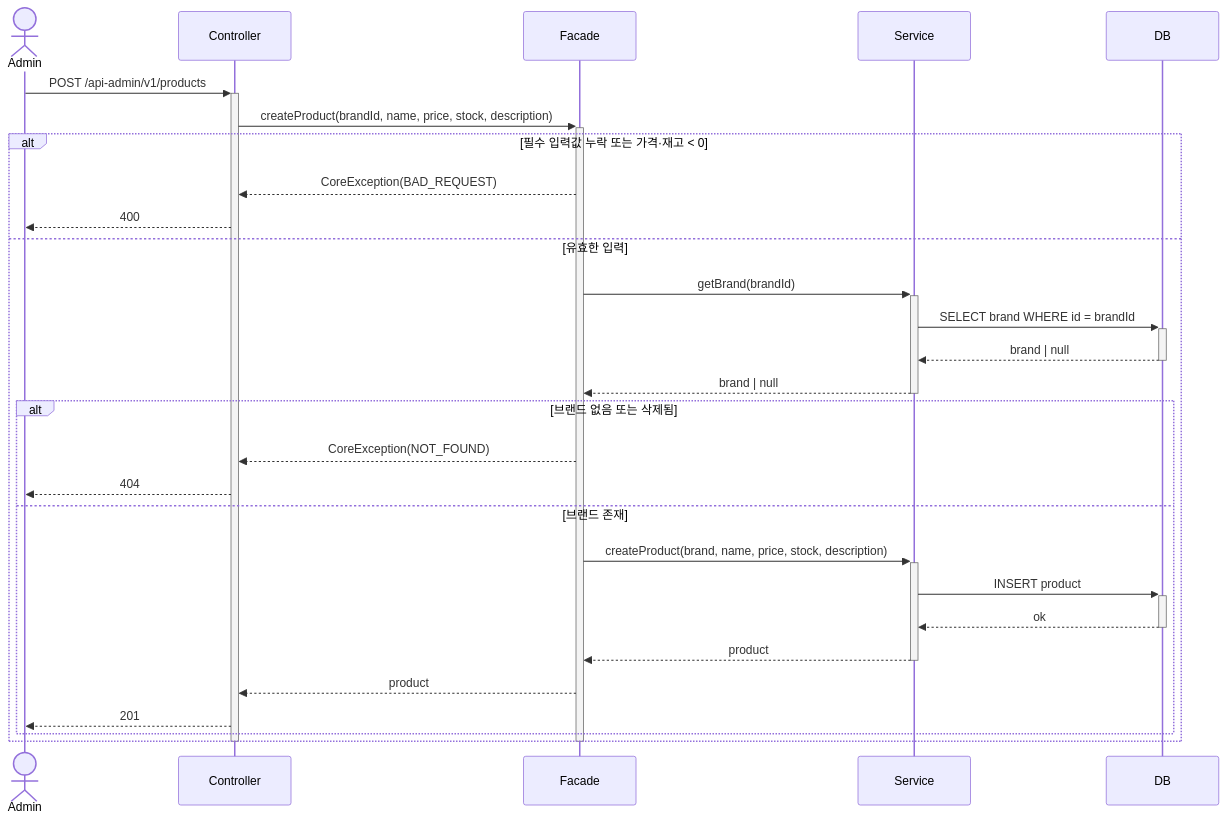
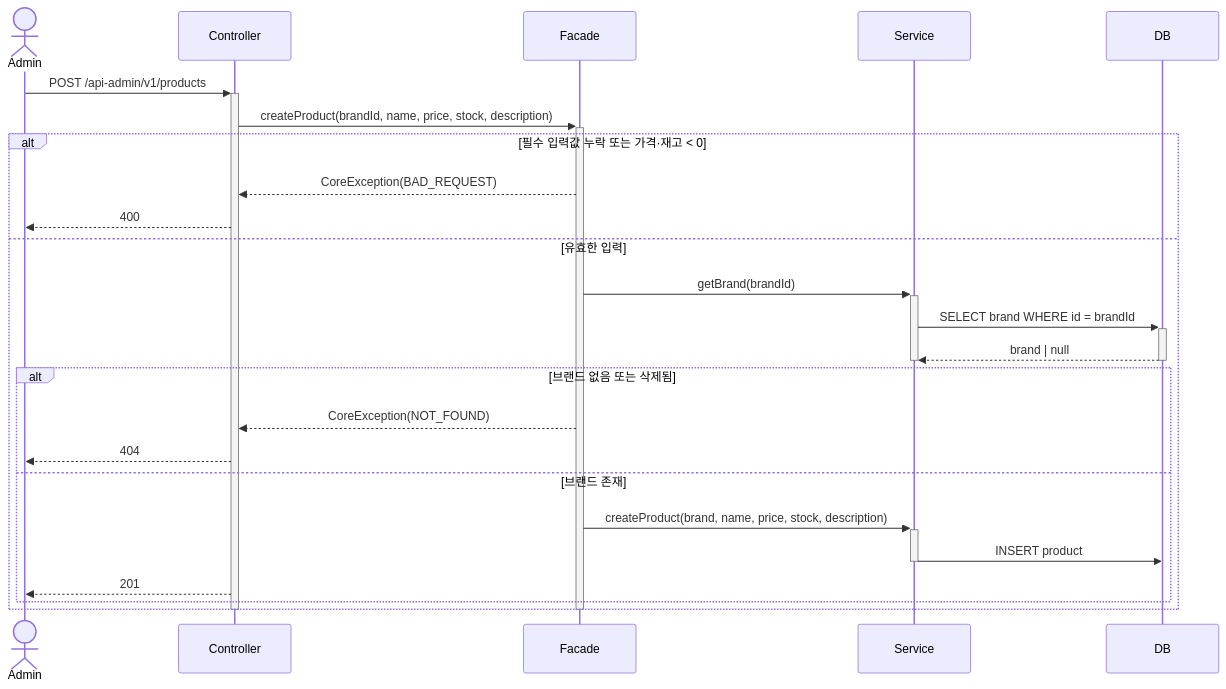
Diagram 15 of 21 in .docs/design/02-sequence-diagrams.md (loopers-labs/loop-pack-be-l2-vol4-java), drawn with Mermaid before and after one commit. The commit also changed other lines of this file and 2 other files, not shown here.

Commit message:
docs: 시퀀스 다이어그램 activation bar 추가 및 설계 보완

````diff
--- a/.docs/design/02-sequence-diagrams.md
+++ b/.docs/design/02-sequence-diagrams.md
@@ -450,35 +445,33 @@
 ```mermaid
 sequenceDiagram
     actor Admin
     participant Controller
     participant Facade
     participant Service
     participant DB
 
     Admin->>+Controller: POST /api-admin/v1/products
     Controller->>+Facade: createProduct(brandId, name, price, stock, description)
 
     alt 필수 입력값 누락 또는 가격·재고 < 0
         Facade-->>Controller: CoreException(BAD_REQUEST)
         Controller-->>Admin: 400
     else 유효한 입력
         Facade->>+Service: getBrand(brandId)
         Service->>+DB: SELECT brand WHERE id = brandId
         DB-->>-Service: brand | null
-        Service-->>-Facade: brand | null
+        deactivate Service
 
         alt 브랜드 없음 또는 삭제됨
             Facade-->>Controller: CoreException(NOT_FOUND)
             Controller-->>Admin: 404
         else 브랜드 존재
             Facade->>+Service: createProduct(brand, name, price, stock, description)
-            Service->>+DB: INSERT product
-            DB-->>-Service: ok
-            Service-->>-Facade: product
-            Facade-->>Controller: product
+            Service->>DB: INSERT product
+            deactivate Service
             Controller-->>Admin: 201
         end
     end
     deactivate Facade
     deactivate Controller
 ```
````
